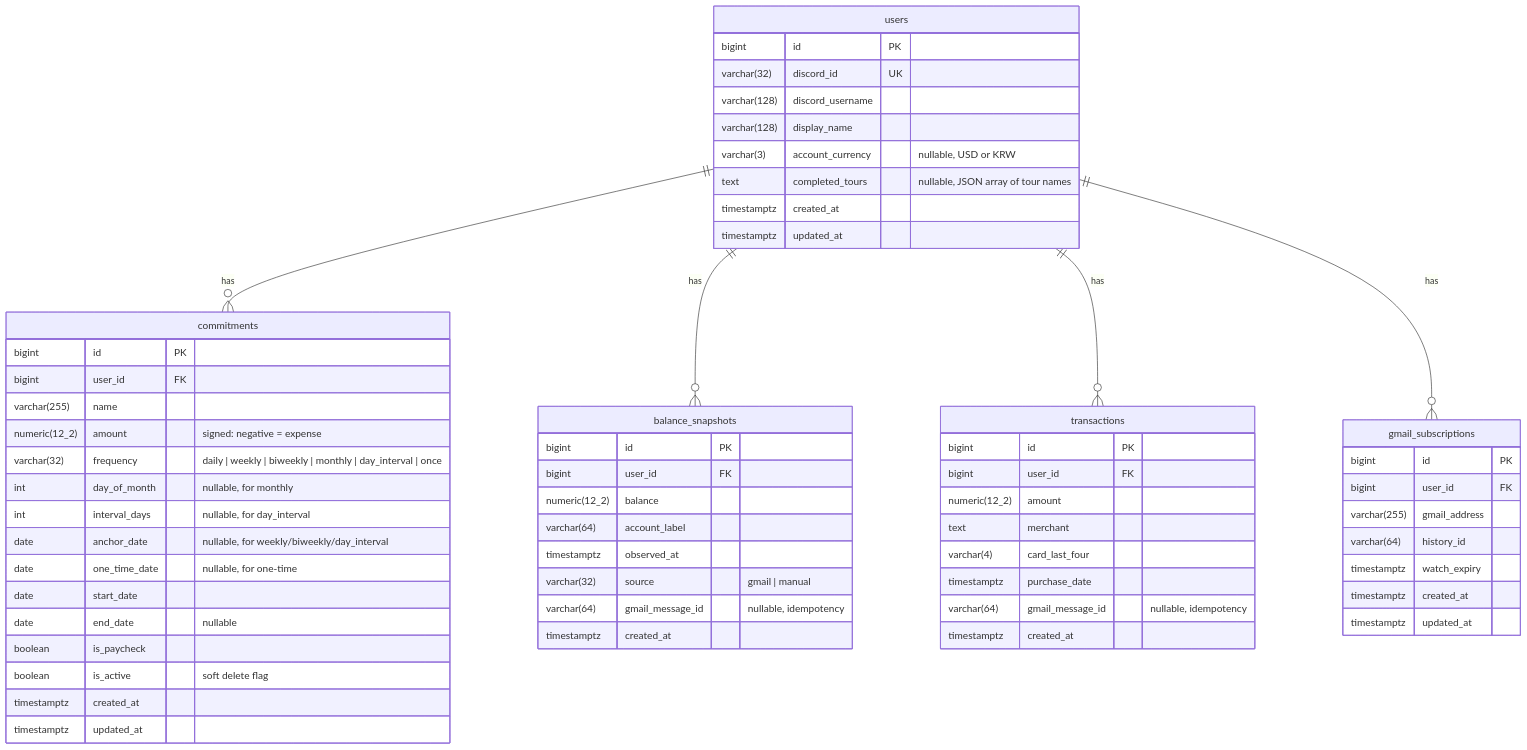
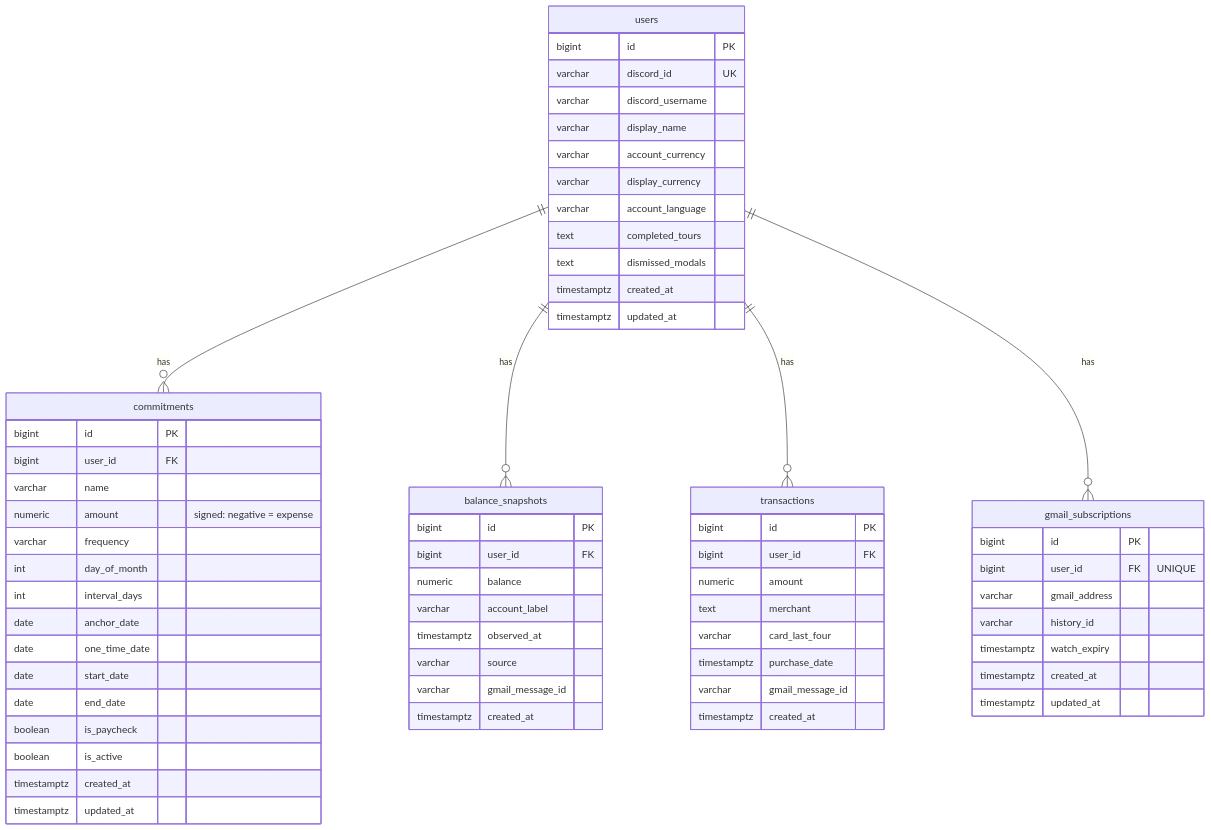
One commit to lifeforce-dev/athena changed the diagram in docs/db_schema.md. Above: the diagram before and after it, drawn with Mermaid. The commit also changed other lines of this file and 1 other file, not shown here.

````diff
--- a/docs/db_schema.md
+++ b/docs/db_schema.md
@@ -7,68 +7,71 @@
 ```mermaid
 erDiagram
     users ||--o{ commitments : "has"
     users ||--o{ balance_snapshots : "has"
     users ||--o{ transactions : "has"
     users ||--o{ gmail_subscriptions : "has"
 
     users {
         bigint id PK
-        varchar(32) discord_id UK
-        varchar(128) discord_username
-        varchar(128) display_name
-        varchar(3) account_currency "nullable, USD or KRW"
-        text completed_tours "nullable, JSON array of tour names"
+        varchar discord_id UK
+        varchar discord_username
+        varchar display_name
+        varchar account_currency
+        varchar display_currency
+        varchar account_language
+        text completed_tours
+        text dismissed_modals
         timestamptz created_at
         timestamptz updated_at
     }
 
     commitments {
         bigint id PK
         bigint user_id FK
-        varchar(255) name
-        numeric(12_2) amount "signed: negative = expense"
-        varchar(32) frequency "daily | weekly | biweekly | monthly | day_interval | once"
-        int day_of_month "nullable, for monthly"
-        int interval_days "nullable, for day_interval"
-        date anchor_date "nullable, for weekly/biweekly/day_interval"
-        date one_time_date "nullable, for one-time"
+        varchar name
+        numeric amount "signed: negative = expense"
+        varchar frequency
+        int day_of_month
+        int interval_days
+        date anchor_date
+        date one_time_date
         date start_date
-        date end_date "nullable"
+        date end_date
         boolean is_paycheck
-        boolean is_active "soft delete flag"
+        boolean is_active
         timestamptz created_at
         timestamptz updated_at
     }
 
     balance_snapshots {
         bigint id PK
         bigint user_id FK
-        numeric(12_2) balance
-        varchar(64) account_label
+        numeric balance
+        varchar account_label
         timestamptz observed_at
-        varchar(32) source "gmail | manual"
-        varchar(64) gmail_message_id "nullable, idempotency"
+        varchar source
+        varchar gmail_message_id
         timestamptz created_at
     }
 
     transactions {
         bigint id PK
         bigint user_id FK
-        numeric(12_2) amount
+        numeric amount
         text merchant
-        varchar(4) card_last_four
+        varchar card_last_four
         timestamptz purchase_date
-        varchar(64) gmail_message_id "nullable, idempotency"
+        varchar gmail_message_id
         timestamptz created_at
     }
 
     gmail_subscriptions {
         bigint id PK
-        bigint user_id FK
-        varchar(255) gmail_address
-        varchar(64) history_id
+        bigint user_id FK "UNIQUE"
+        varchar gmail_address
+        varchar history_id
         timestamptz watch_expiry
         timestamptz created_at
         timestamptz updated_at
     }
 ```
````
